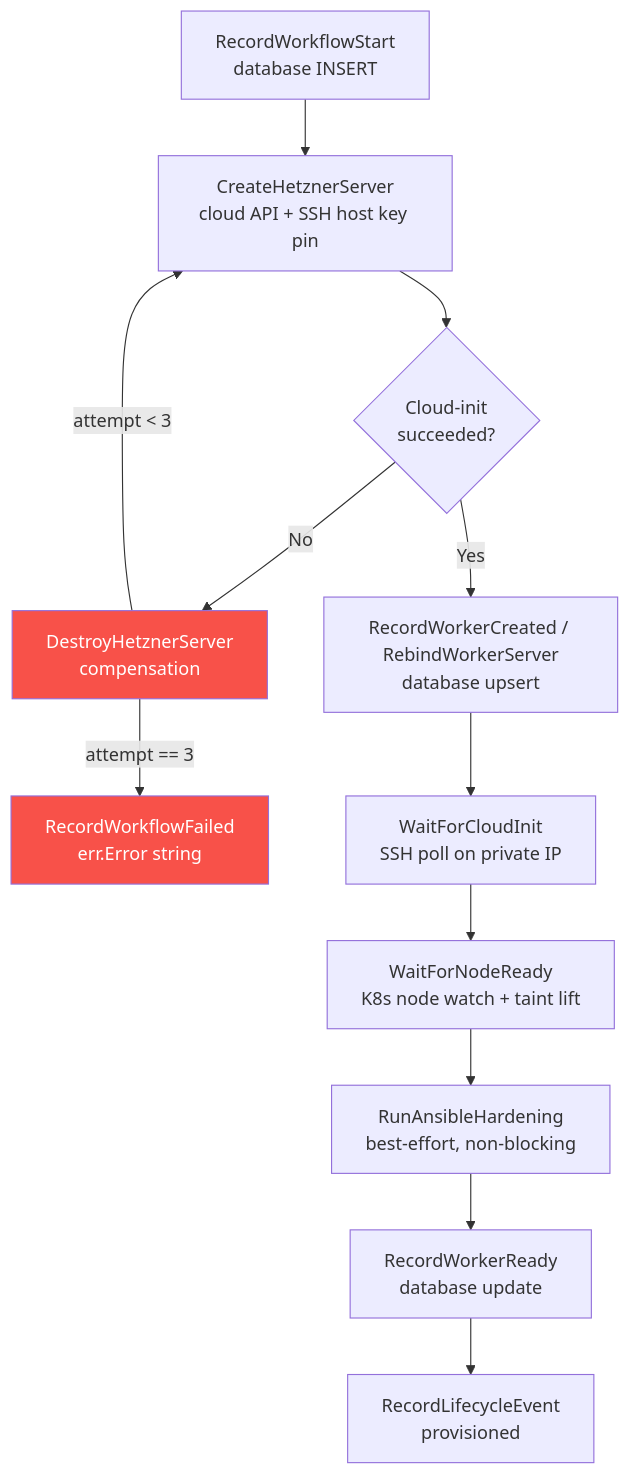
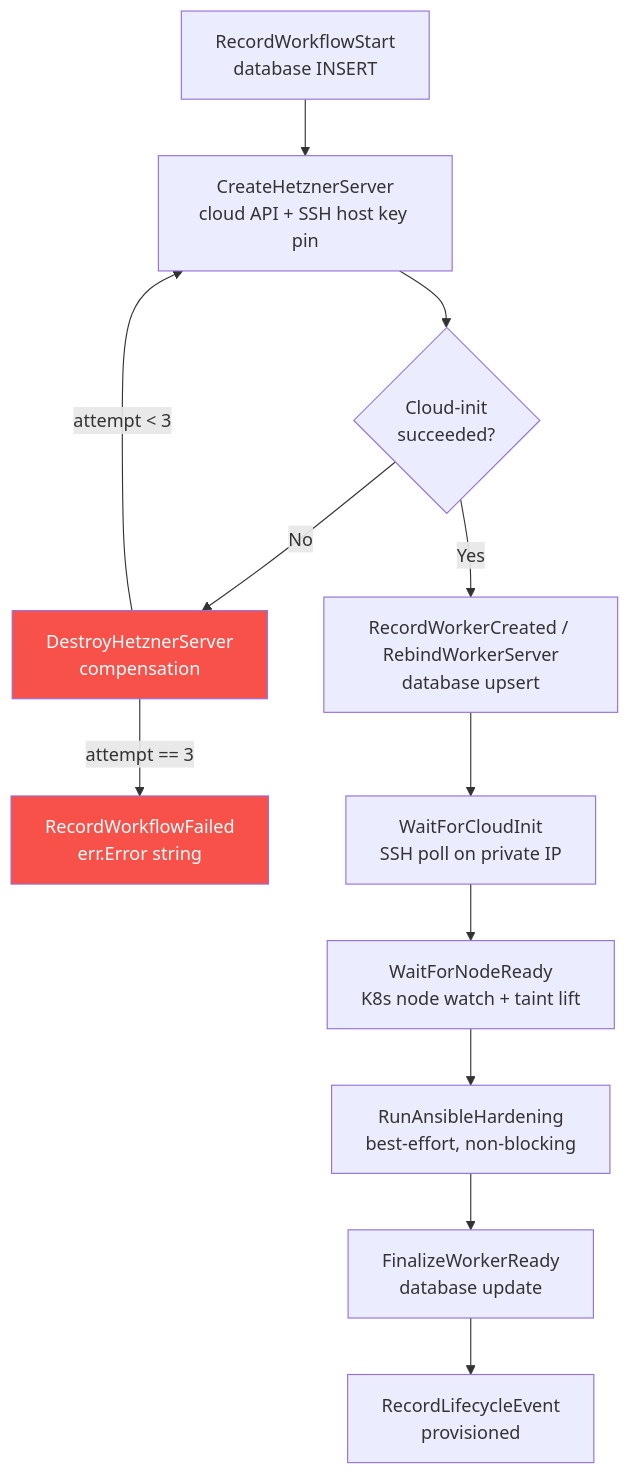
Before and after one commit to WhitehatD/MetricHost: the second of 2 diagrams in docs/infrastructure.md, drawn with Mermaid. The commit also changed other lines of this file and 3 other files, not shown here.

````diff
--- a/docs/infrastructure.md
+++ b/docs/infrastructure.md
@@ -181,16 +181,16 @@
 ```mermaid
 flowchart TD
     A[RecordWorkflowStart\ndatabase INSERT] --> B[CreateHetznerServer\ncloud API + SSH host key pin]
     B --> C{Cloud-init\nsucceeded?}
     C -- No --> D[DestroyHetznerServer\ncompensation]
     D -- attempt < 3 --> B
     D -- attempt == 3 --> FAIL[RecordWorkflowFailed\nerr.Error string]
     C -- Yes --> E[RecordWorkerCreated / RebindWorkerServer\ndatabase upsert]
     E --> F[WaitForCloudInit\nSSH poll on private IP]
     F --> G[WaitForNodeReady\nK8s node watch + taint lift]
     G --> H[RunAnsibleHardening\nbest-effort, non-blocking]
-    H --> I[RecordWorkerReady\ndatabase update]
+    H --> I[FinalizeWorkerReady\ndatabase update]
     I --> J[RecordLifecycleEvent\nprovisioned]
     style D fill:#f85149,color:#fff
     style FAIL fill:#f85149,color:#fff
 ```
````
